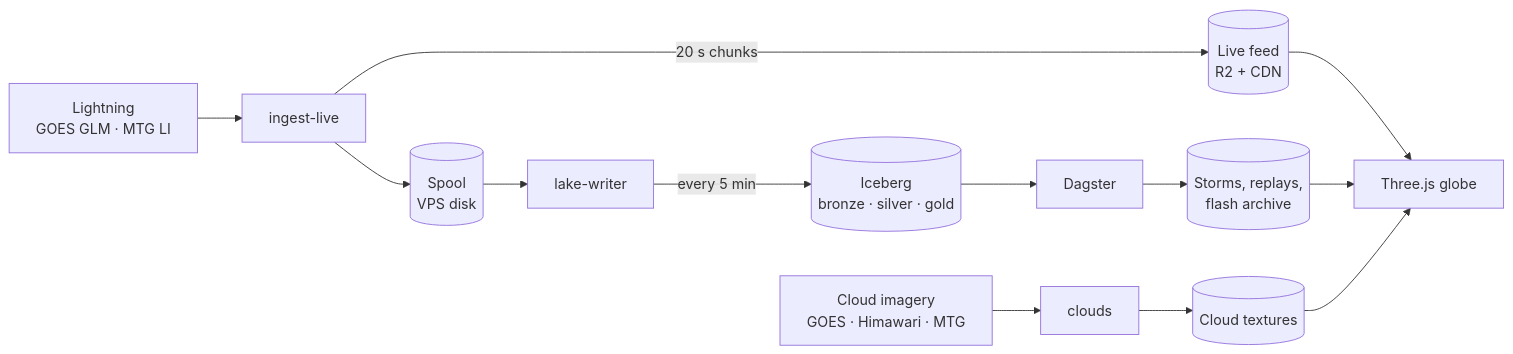
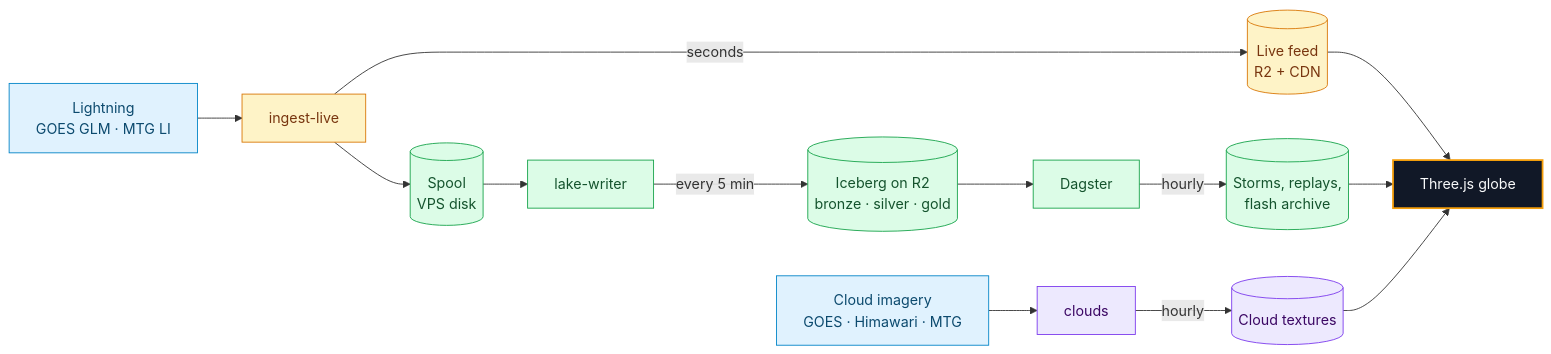
The diagram in README.md (pierregc/scintille), drawn with Mermaid before and after one commit. The commit also changed 1 other file, not shown here.

Commit message:
docs: colour the architecture diagrams by path

````diff
--- a/README.md
+++ b/README.md
@@ -24,10 +24,26 @@
 ```mermaid
 flowchart LR
     lightning["Lightning<br/>GOES GLM · MTG LI"] --> ingest["ingest-live"]
-    ingest -->|20 s chunks| live[("Live feed<br/>R2 + CDN")]
-    ingest --> spool[("Spool<br/>VPS disk")] --> writer["lake-writer"]
-    writer -->|every 5 min| lake[("Iceberg<br/>bronze · silver · gold")]
-    lake --> dagster["Dagster"] --> storms[("Storms, replays,<br/>flash archive")]
-    imagery["Cloud imagery<br/>GOES · Himawari · MTG"] --> clouds["clouds"] --> textures[("Cloud textures")]
-    live & storms & textures --> globe["Three.js globe"]
+    ingest -->|seconds| live[("Live feed<br/>R2 + CDN")]
+    ingest --> spool[("Spool<br/>VPS disk")]
+    spool --> writer["lake-writer"]
+    writer -->|every 5 min| lake[("Iceberg on R2<br/>bronze · silver · gold")]
+    lake --> dagster["Dagster"]
+    dagster -->|hourly| storms[("Storms, replays,<br/>flash archive")]
+    imagery["Cloud imagery<br/>GOES · Himawari · MTG"] --> clouds["clouds"]
+    clouds -->|hourly| textures[("Cloud textures")]
+    live --> globe["Three.js globe"]
+    storms --> globe
+    textures --> globe
+
+    classDef source fill:#e0f2fe,stroke:#0284c7,color:#0c4a6e
+    classDef hot fill:#fef3c7,stroke:#d97706,color:#78350f
+    classDef lake fill:#dcfce7,stroke:#16a34a,color:#14532d
+    classDef cloud fill:#ede9fe,stroke:#7c3aed,color:#3b0764
+    classDef app fill:#111827,stroke:#f59e0b,stroke-width:2px,color:#f9fafb
+    class lightning,imagery source
+    class ingest,live hot
+    class spool,writer,lake,dagster,storms lake
+    class clouds,textures cloud
+    class globe app
 ```
````
